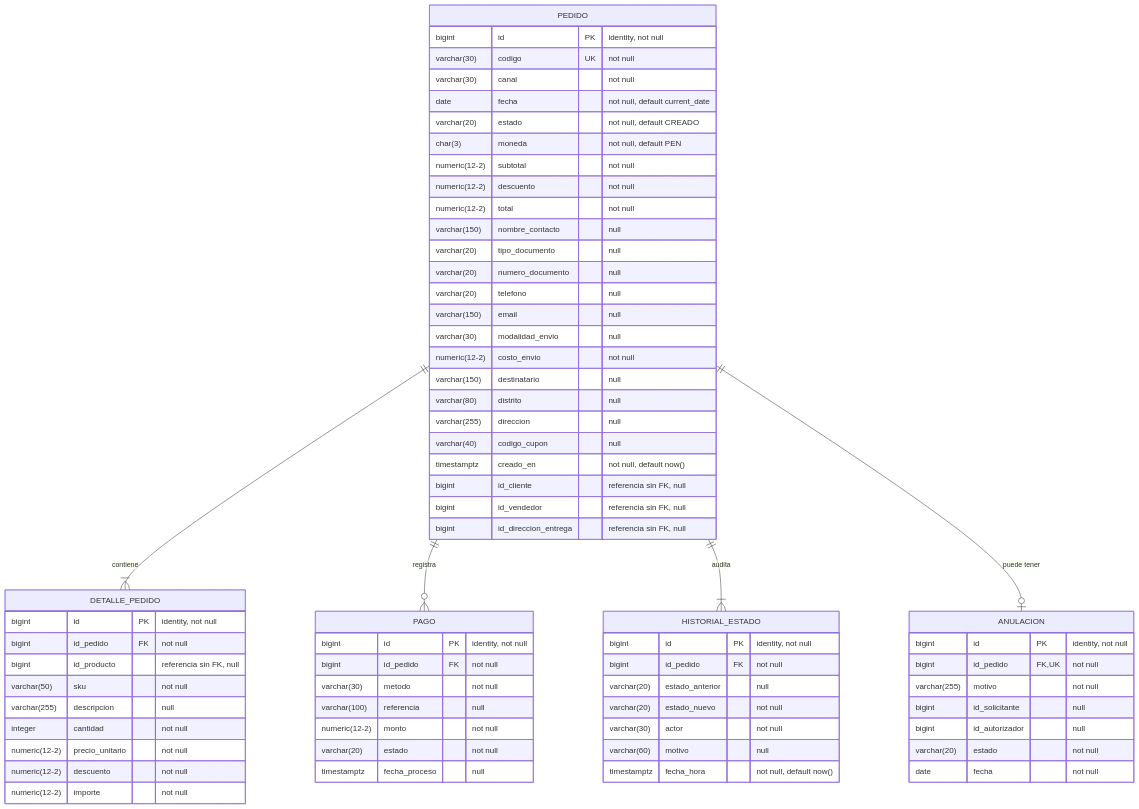
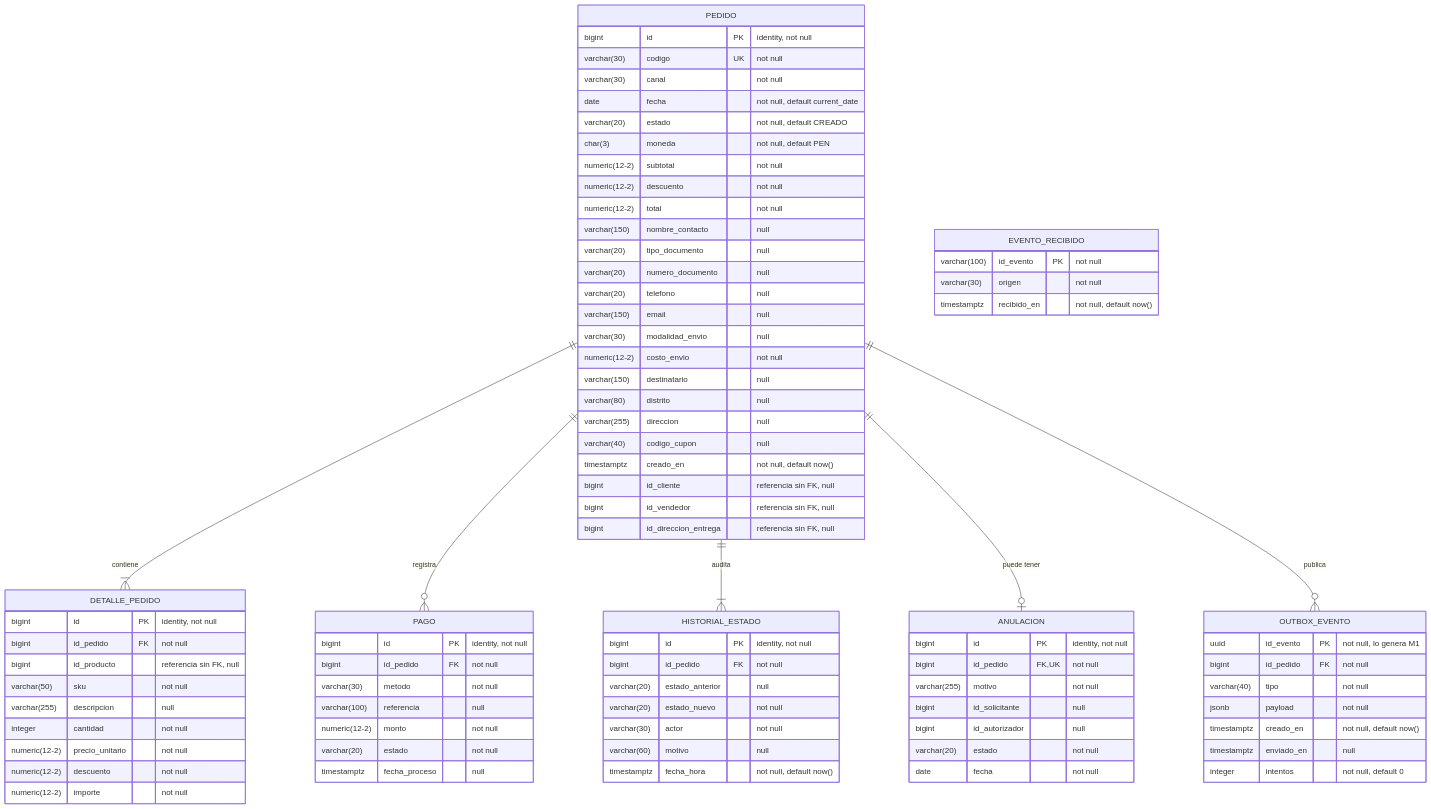
Before and after one commit to Taller-SW-Web/G5-Ventas-Postventas: the first of 2 diagrams in diseno/diagramas/bd/diagrama-fisico.md, drawn with Mermaid. The commit also changed other lines of this file and 11 other files, not shown here.

Commit message:
docs: esquema y diagramas de la bd segun supabase

````diff
--- a/diseno/diagramas/bd/diagrama-fisico.md
+++ b/diseno/diagramas/bd/diagrama-fisico.md
@@ -12,6 +12,7 @@
     PEDIDO ||--o{ PAGO : registra
     PEDIDO ||--|{ HISTORIAL_ESTADO : audita
     PEDIDO ||--o| ANULACION : "puede tener"
+    PEDIDO ||--o{ OUTBOX_EVENTO : publica
     PEDIDO {
         bigint id PK "identity, not null"
         varchar(30) codigo UK "not null"
@@ -76,4 +77,18 @@
         varchar(20) estado "not null"
         date fecha "not null"
     }
+    OUTBOX_EVENTO {
+        uuid id_evento PK "not null, lo genera M1"
+        bigint id_pedido FK "not null"
+        varchar(40) tipo "not null"
+        jsonb payload "not null"
+        timestamptz creado_en "not null, default now()"
+        timestamptz enviado_en "null"
+        integer intentos "not null, default 0"
+    }
+    EVENTO_RECIBIDO {
+        varchar(100) id_evento PK "not null"
+        varchar(30) origen "not null"
+        timestamptz recibido_en "not null, default now()"
+    }
 ```
````
